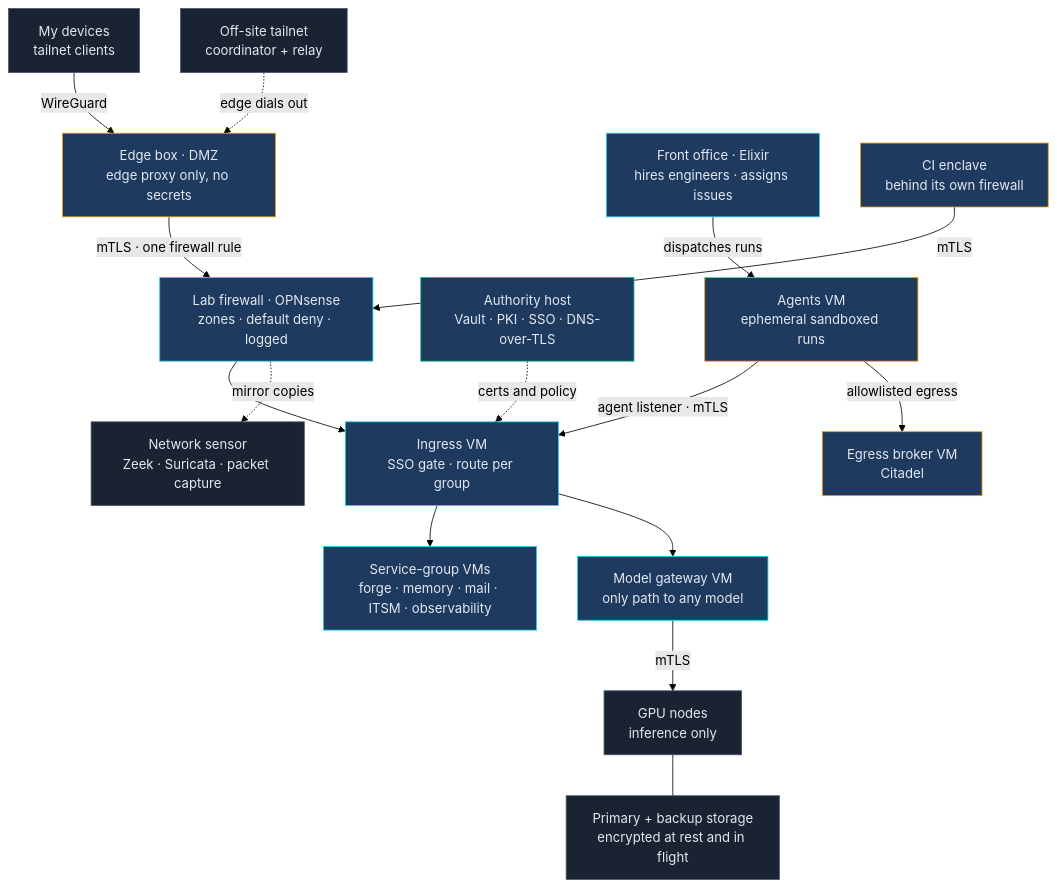
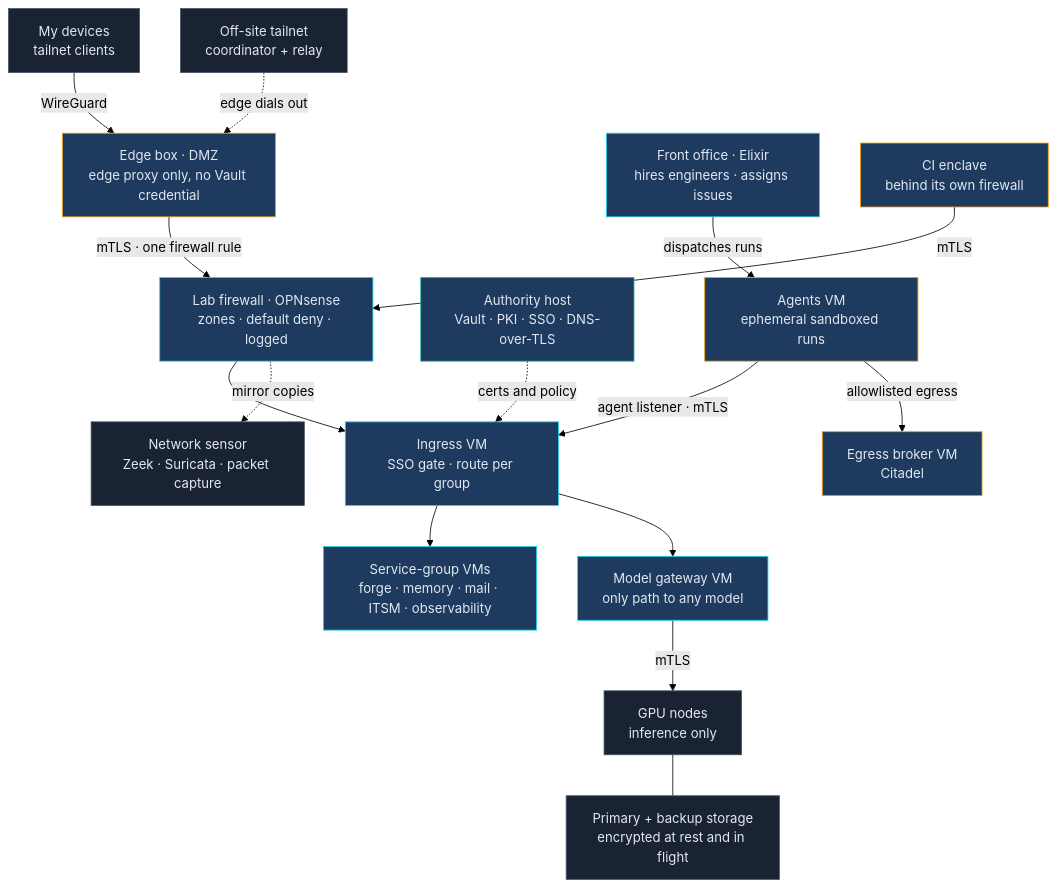
The diagram in src/projects/devlocal.md (beardedeagle/beardedeagle.github.io), drawn with Mermaid (forest theme) before and after one commit. The commit also changed other lines of this file and 3 other files, not shown here.

```diff
--- a/src/projects/devlocal.md
+++ b/src/projects/devlocal.md
@@ -43,32 +43,32 @@
 {% mermaid %}
 flowchart TB
-    DEV["My devices<br/>tailnet clients"] -->|"WireGuard"| EDGE["Edge box · DMZ<br/>edge proxy only, no secrets"]
+    DEV["My devices<br/>tailnet clients"] -->|"WireGuard"| EDGE["Edge box · DMZ<br/>edge proxy only, no Vault credential"]
     CTRL["Off-site tailnet<br/>coordinator + relay"] -.->|"edge dials out"| EDGE
     EDGE -->|"mTLS · one firewall rule"| FW["Lab firewall · OPNsense<br/>zones · default deny · logged"]
     FW --> ING["Ingress VM<br/>SSO gate · route per group"]
     ING --> SVC["Service-group VMs<br/>forge · memory · mail · ITSM · observability"]
     ING --> GW["Model gateway VM<br/>only path to any model"]
     AUTH["Authority host<br/>Vault · PKI · SSO · DNS-over-TLS"] -.->|"certs and policy"| ING
     FO["Front office · Elixir<br/>hires engineers · assigns issues"] -->|"dispatches runs"| AG["Agents VM<br/>ephemeral sandboxed runs"]
     AG -->|"agent listener · mTLS"| ING
     AG -->|"allowlisted egress"| BRK["Egress broker VM<br/>Citadel"]
     GW -->|"mTLS"| GPU["GPU nodes<br/>inference only"]
     GPU --- STO["Primary + backup storage<br/>encrypted at rest and in flight"]
     CI["CI enclave<br/>behind its own firewall"] -->|"mTLS"| FW
     FW -.->|"mirror copies"| SO["Network sensor<br/>Zeek · Suricata · packet capture"]
     style DEV fill:#1a2332,stroke:#475569,color:#e2e8f0
     style CTRL fill:#1a2332,stroke:#475569,color:#e2e8f0
     style EDGE fill:#1e3a5f,stroke:#f59e0b,color:#e2e8f0
     style FW fill:#1e3a5f,stroke:#22d3ee,color:#e2e8f0
     style ING fill:#1e3a5f,stroke:#22d3ee,color:#e2e8f0
     style SVC fill:#1e3a5f,stroke:#22d3ee,color:#e2e8f0
     style GW fill:#1e3a5f,stroke:#22d3ee,color:#e2e8f0
     style AUTH fill:#1e3a5f,stroke:#10b981,color:#e2e8f0
     style FO fill:#1e3a5f,stroke:#22d3ee,color:#e2e8f0
     style AG fill:#1e3a5f,stroke:#f59e0b,color:#e2e8f0
     style BRK fill:#1e3a5f,stroke:#f59e0b,color:#e2e8f0
     style GPU fill:#1a2332,stroke:#475569,color:#e2e8f0
     style STO fill:#1a2332,stroke:#475569,color:#e2e8f0
     style CI fill:#1e3a5f,stroke:#f59e0b,color:#e2e8f0
     style SO fill:#1a2332,stroke:#475569,color:#e2e8f0
 {% endmermaid %}
```
